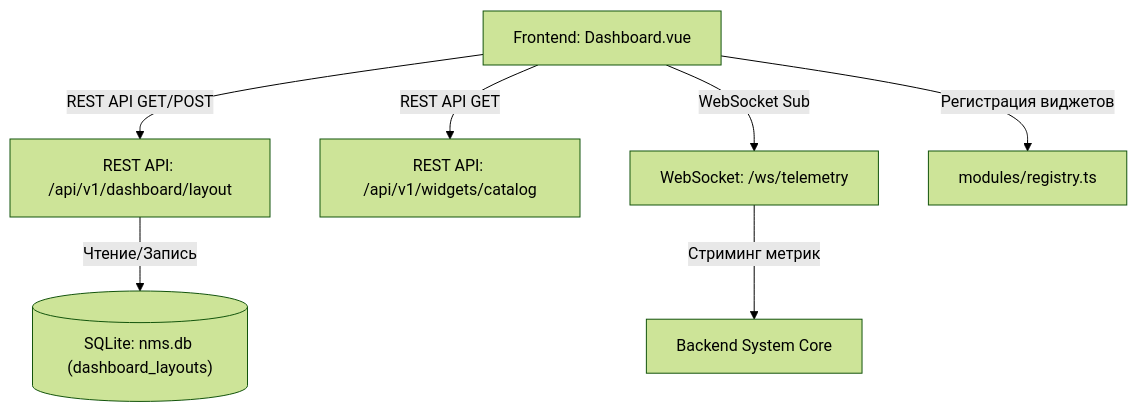
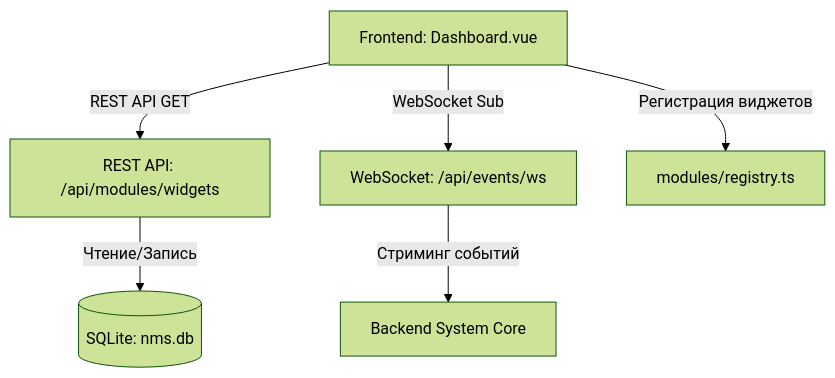
The diagram in docs/wiki/02-usage/01-dashboard-and-widgets.md (Apofixc/nms-webui), drawn with Mermaid (forest theme) before and after one commit. The commit also changed other lines of this file and 21 other files, not shown here.

````diff
--- a/docs/wiki/02-usage/01-dashboard-and-widgets.md
+++ b/docs/wiki/02-usage/01-dashboard-and-widgets.md
@@ -93,9 +93,8 @@
 ```mermaid
 graph TD
-    UI["Frontend: Dashboard.vue"] -->|REST API GET/POST| API_Layout["REST API: /api/v1/dashboard/layout"]
-    UI -->|REST API GET| API_Widgets["REST API: /api/v1/widgets/catalog"]
-    UI -->|WebSocket Sub| WS["WebSocket: /ws/telemetry"]
-    API_Layout -->|Чтение/Запись| DB[("SQLite: nms.db (dashboard_layouts)")]
+    UI["Frontend: Dashboard.vue"] -->|REST API GET| API_Widgets["REST API: /api/modules/widgets"]
+    UI -->|WebSocket Sub| WS["WebSocket: /api/events/ws"]
+    API_Widgets -->|Чтение/Запись| DB[("SQLite: nms.db")]
     UI -->|Регистрация виджетов| Registry["modules/registry.ts"]
-    WS -->|Стриминг метрик| Core["Backend System Core"]
+    WS -->|Стриминг событий| Core["Backend System Core"]
 ```
````
